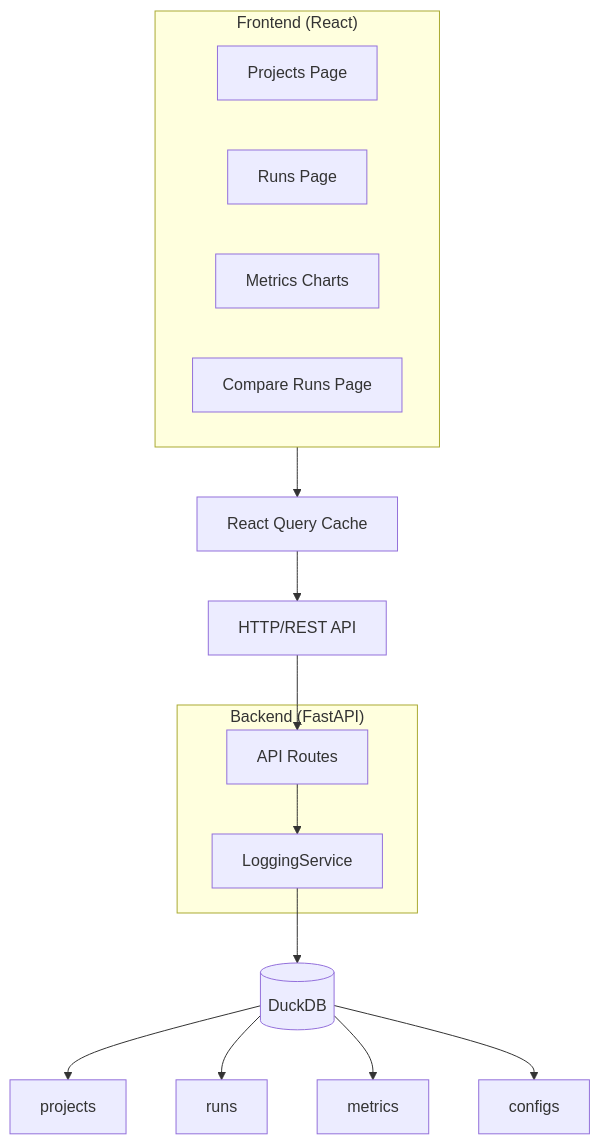
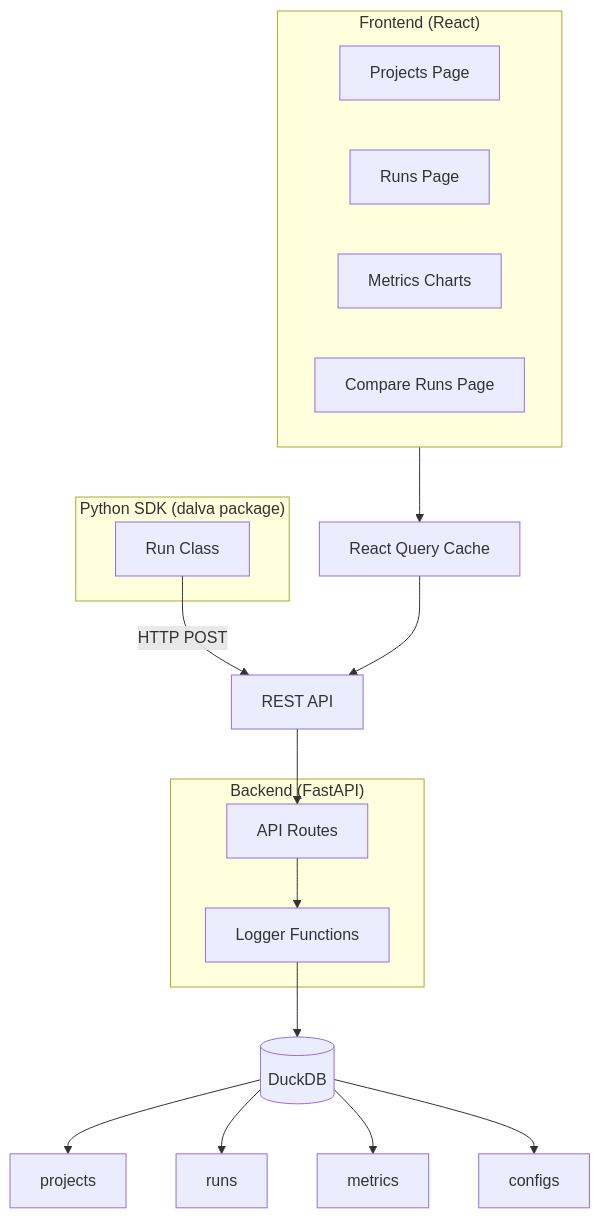
Before and after one commit to tuliosouza99/Dalva: the first of 3 diagrams in docs/architecture.md, drawn with Mermaid. The commit also changed other lines of this file and 20 other files, not shown here.

Commit message:
Convert SDK to HTTP client for remote experiment tracking via SSH tunnel

````diff
--- a/docs/architecture.md
+++ b/docs/architecture.md
@@ -13,27 +13,33 @@
 ```mermaid
 graph TB
+    subgraph SDK["Python SDK (dalva package)"]
+        Run[Run Class]
+    end
+    
+    Run -->|HTTP POST| API[REST API]
+    
     subgraph Frontend["Frontend (React)"]
         P[Projects Page]
         R[Runs Page]
         M[Metrics Charts]
         C[Compare Runs Page]
     end
     
     Frontend --> Q[React Query Cache]
-    Q --> API[HTTP/REST API]
+    Q --> API
     
     subgraph Backend["Backend (FastAPI)"]
         Routes[API Routes]
-        LS[LoggingService]
+        LF[Logger Functions]
     end
     
     API --> Routes
-    Routes --> LS
+    Routes --> LF
     
-    LS --> DB[(DuckDB)]
+    LF --> DB[(DuckDB)]
     
     DB --> Projects[projects]
     DB --> Runs[runs]
     DB --> Metrics[metrics]
     DB --> Configs[configs]
 ```
````
